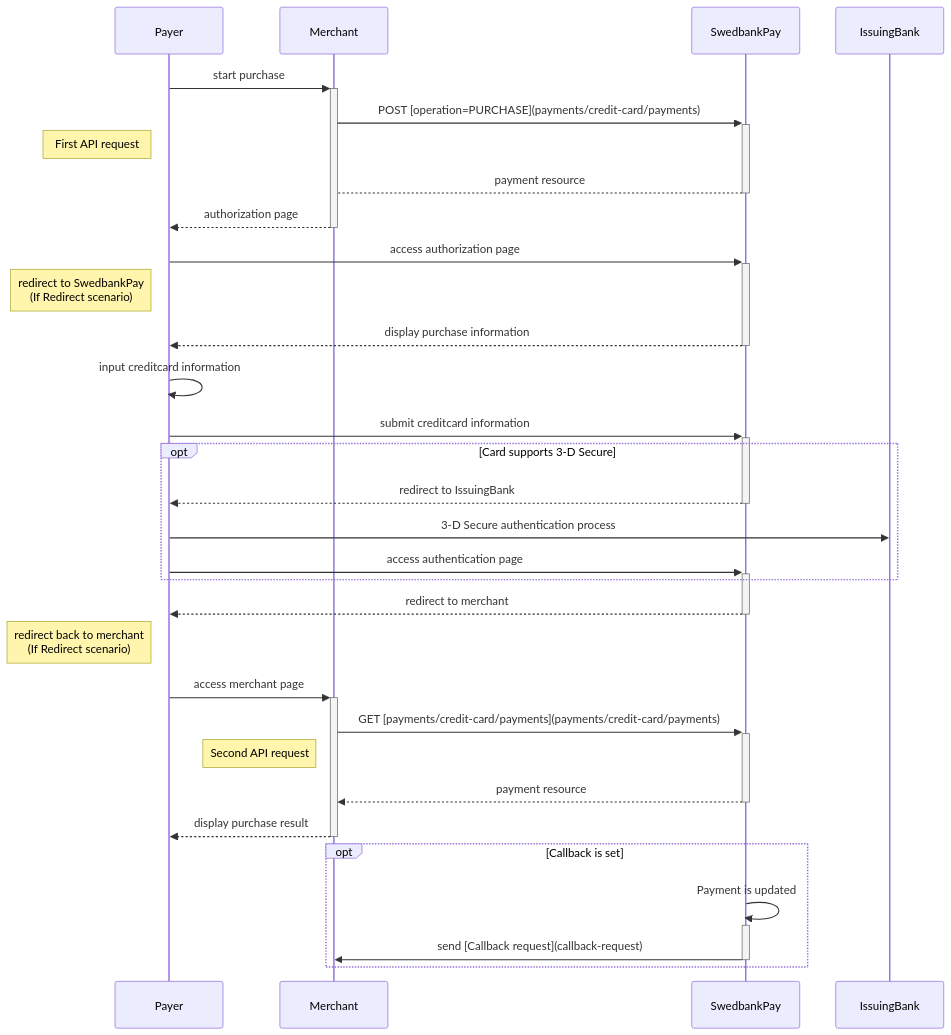
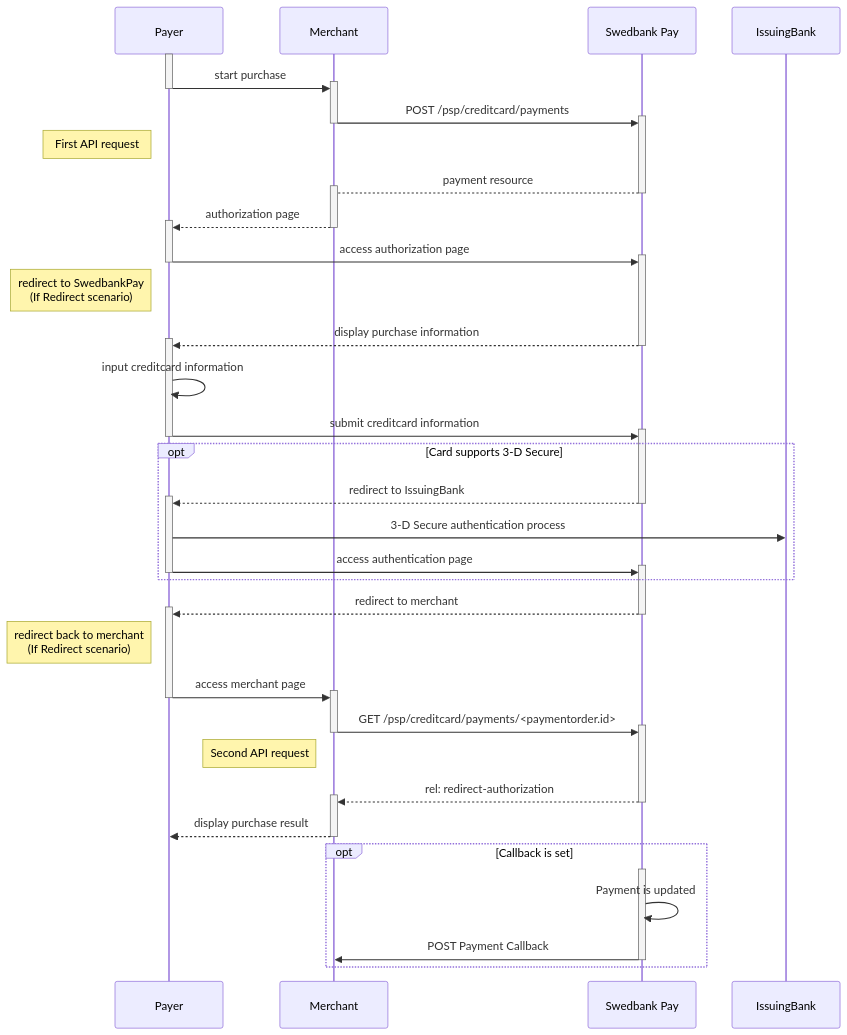
One commit to SwedbankPay/developer.swedbankpay.com changed the second of 2 diagrams in payments/credit-card/index.md. Above: the diagram before and after it, drawn with Mermaid. The commit also changed other lines of this file and 3 other files, not shown here.

Commit message:
DX-384 editing sequence diagram in Introduction

````diff
--- a/payments/credit-card/index.md
+++ b/payments/credit-card/index.md
@@ -143,44 +144,54 @@
 ```mermaid
 sequenceDiagram
+    participant Payer
+    participant Merchant
+    participant SwedbankPay as Swedbank Pay
+
+  activate Payer
   Payer->>+Merchant: start purchase
-  Merchant->>+SwedbankPay: POST [operation=PURCHASE](payments/credit-card/payments)
+  deactivate Payer
+  Merchant->>+SwedbankPay: POST /psp/creditcard/payments
+  deactivate Merchant
   note left of Payer: First API request
-  SwedbankPay-->Merchant: payment resource
+  SwedbankPay-->+Merchant: payment resource
   deactivate SwedbankPay
-  Merchant-->>Payer: authorization page
+  Merchant-->>+Payer: authorization page
   deactivate Merchant
-
   Payer->>+SwedbankPay: access authorization page
+  deactivate Payer
   note left of Payer: redirect to SwedbankPay<br>(If Redirect scenario)
-  SwedbankPay-->>Payer: display purchase information
+  SwedbankPay-->>+Payer: display purchase information
   deactivate SwedbankPay
 
   Payer->>Payer: input creditcard information
   Payer->>+SwedbankPay: submit creditcard information
-  
+  deactivate Payer
   opt Card supports 3-D Secure
-    SwedbankPay-->>Payer: redirect to IssuingBank
+    SwedbankPay-->>+Payer: redirect to IssuingBank
     deactivate SwedbankPay
     Payer->>IssuingBank: 3-D Secure authentication process
     Payer->>+SwedbankPay: access authentication page
+    deactivate Payer
   end
   
-  SwedbankPay-->>Payer: redirect to merchant
+  SwedbankPay-->>+Payer: redirect to merchant
   deactivate SwedbankPay
   note left of Payer: redirect back to merchant<br>(If Redirect scenario)
   
   Payer->>+Merchant: access merchant page
-  Merchant->>+SwedbankPay: GET [payments/credit-card/payments](payments/credit-card/payments)
+  deactivate Payer
+  Merchant->>+SwedbankPay: GET /psp/creditcard/payments/<paymentorder.id>
+  deactivate Merchant
   note left of Merchant: Second API request
-  SwedbankPay-->>Merchant: payment resource
+  SwedbankPay-->>+Merchant: rel: redirect-authorization
   deactivate SwedbankPay
   Merchant-->>Payer: display purchase result
   deactivate Merchant
 
   opt Callback is set
+    activate SwedbankPay
     SwedbankPay->>SwedbankPay: Payment is updated
-    activate SwedbankPay
-    SwedbankPay->>Merchant: send [Callback request](callback-request)
+    SwedbankPay->>Merchant: POST Payment Callback
     deactivate SwedbankPay
   end
 ```
````
